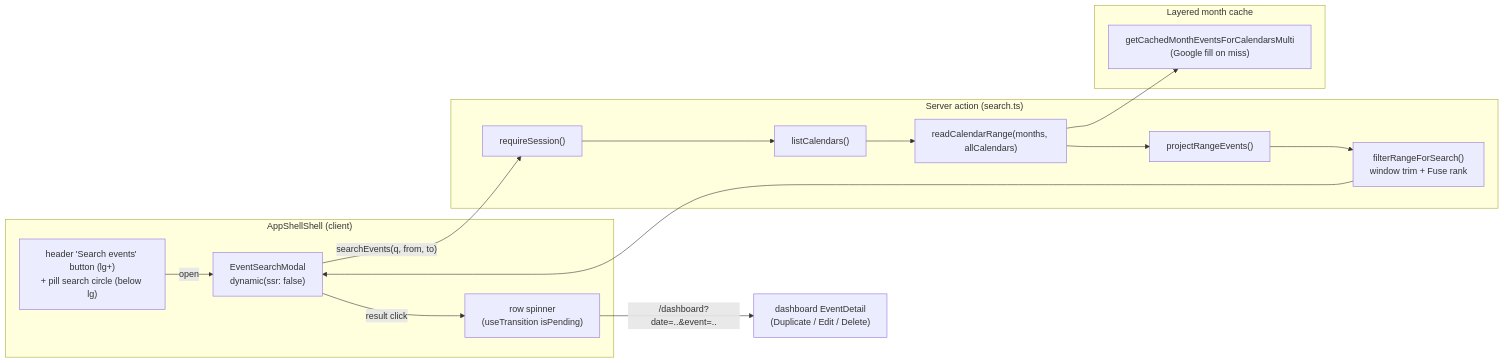
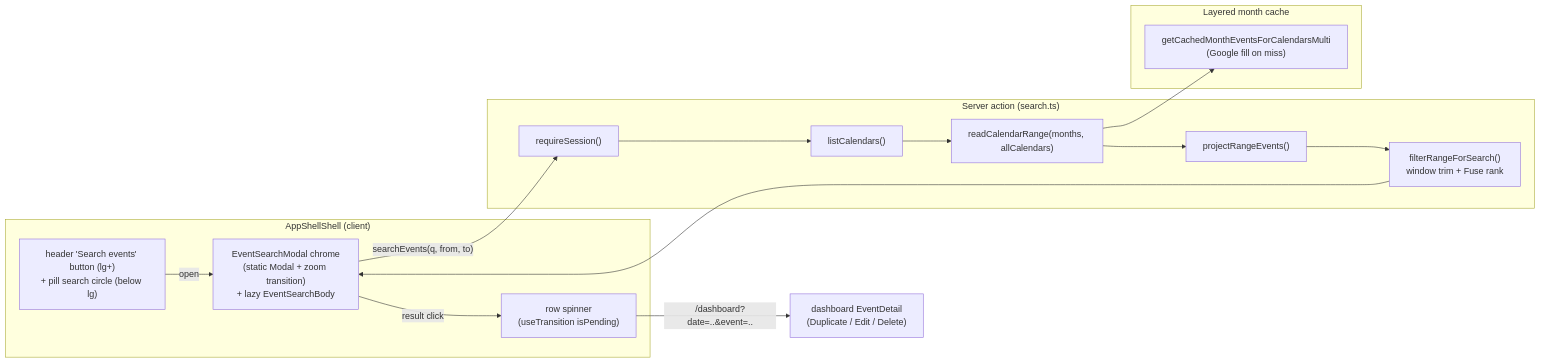
One commit to oncloudnintynineone-source/cloudy2 changed the diagram in docs/event-search.md. Above: the diagram before and after it, drawn with Mermaid. The commit also changed other lines of this file and 8 other files, not shown here.

Commit message:
Restructure search modal: static chrome + lazy body; skeleton-load recent searches

````diff
--- a/docs/event-search.md
+++ b/docs/event-search.md
@@ -64,23 +64,23 @@
 ```mermaid
 flowchart LR
  subgraph SHELL["AppShellShell (client)"]
  B["header 'Search events' button (lg+)<br/>+ pill search circle (below lg)"]
- M["EventSearchModal<br/>dynamic(ssr: false)"]
+  M["EventSearchModal chrome<br/>(static Modal + zoom transition)<br/>+ lazy EventSearchBody"]
  SPIN["row spinner<br/>(useTransition isPending)"]
  end
  subgraph ACTION["Server action (search.ts)"]
  R["requireSession()"]
  C["listCalendars()"]
  RC["readCalendarRange(months, allCalendars)"]
  PJ["projectRangeEvents()"]
  FF["filterRangeForSearch()<br/>window trim + Fuse rank"]
  end
  subgraph CACHE["Layered month cache"]
  MC["getCachedMonthEventsForCalendarsMulti<br/>(Google fill on miss)"]
  end
  B -->|open| M
  M -->|"searchEvents(q, from, to)"| R --> C --> RC --> MC
  RC --> PJ --> FF --> M
  M -->|result click| SPIN
  SPIN -->|"/dashboard?date=..&event=.."| DEEP["dashboard EventDetail<br/>(Duplicate / Edit / Delete)"]
 ```
````
